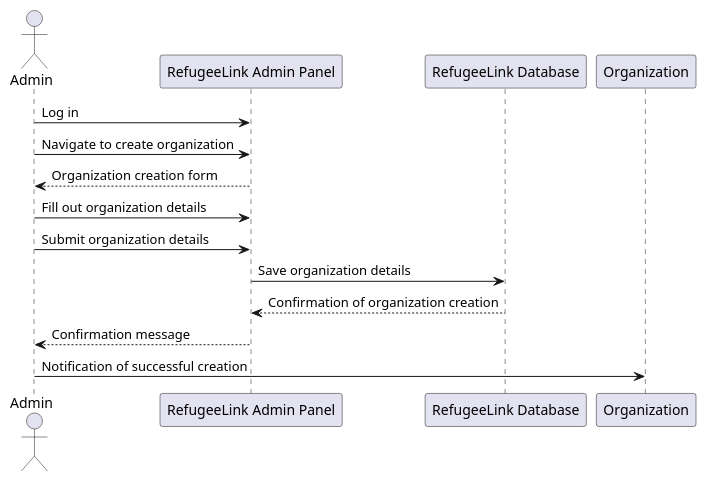
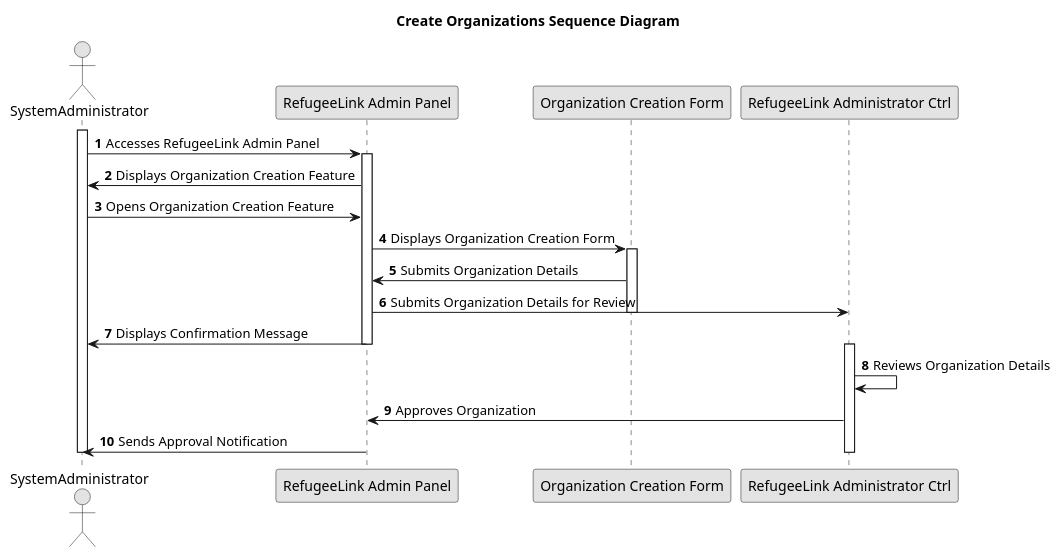
One commit to kanzodotjava/RefugeeLINK changed the diagram in Doc/use-Cases/uc050/sequenceDiagram/sequenceDiagram050.puml. Above: the diagram before and after it, drawn with PlantUML. The commit also changed 25 other files, not shown here.

Commit message:
updates diagrams and a refugee controller

```diff
--- a/Doc/use-Cases/uc050/sequenceDiagram/sequenceDiagram050.puml
+++ b/Doc/use-Cases/uc050/sequenceDiagram/sequenceDiagram050.puml
@@ -1,18 +1,36 @@
 @startuml
+skinparam monochrome true
+skinparam packageStyle rectangle
+skinparam shadowing false
 
-actor Admin
-participant "RefugeeLink Admin Panel" as Panel
-participant "RefugeeLink Database" as Database
-participant "Organization" as Org
+title Create Organizations Sequence Diagram
 
-Admin -> Panel: Log in
-Admin -> Panel: Navigate to create organization
-Panel --> Admin: Organization creation form
-Admin -> Panel: Fill out organization details
-Admin -> Panel: Submit organization details
-Panel -> Database: Save organization details
-Database --> Panel: Confirmation of organization creation
-Panel --> Admin: Confirmation message
-Admin -> Org: Notification of successful creation
+autonumber
 
+actor SystemAdministrator
+participant "RefugeeLink Admin Panel" as admin_panel
+participant "Organization Creation Form" as creation_form
+participant "RefugeeLink Administrator Ctrl" as platform_admin
+
+activate SystemAdministrator
+
+SystemAdministrator -> admin_panel : Accesses RefugeeLink Admin Panel
+activate admin_panel
+    admin_panel -> SystemAdministrator : Displays Organization Creation Feature
+    SystemAdministrator -> admin_panel : Opens Organization Creation Feature
+    admin_panel -> creation_form : Displays Organization Creation Form
+    activate creation_form
+        creation_form -> admin_panel : Submits Organization Details
+        admin_panel -> platform_admin : Submits Organization Details for Review
+    deactivate creation_form
+    admin_panel -> SystemAdministrator : Displays Confirmation Message
+deactivate admin_panel
+
+activate platform_admin
+    platform_admin -> platform_admin : Reviews Organization Details
+    platform_admin -> admin_panel : Approves Organization
+    admin_panel -> SystemAdministrator : Sends Approval Notification
+deactivate platform_admin
+
+deactivate SystemAdministrator
 @enduml
```
